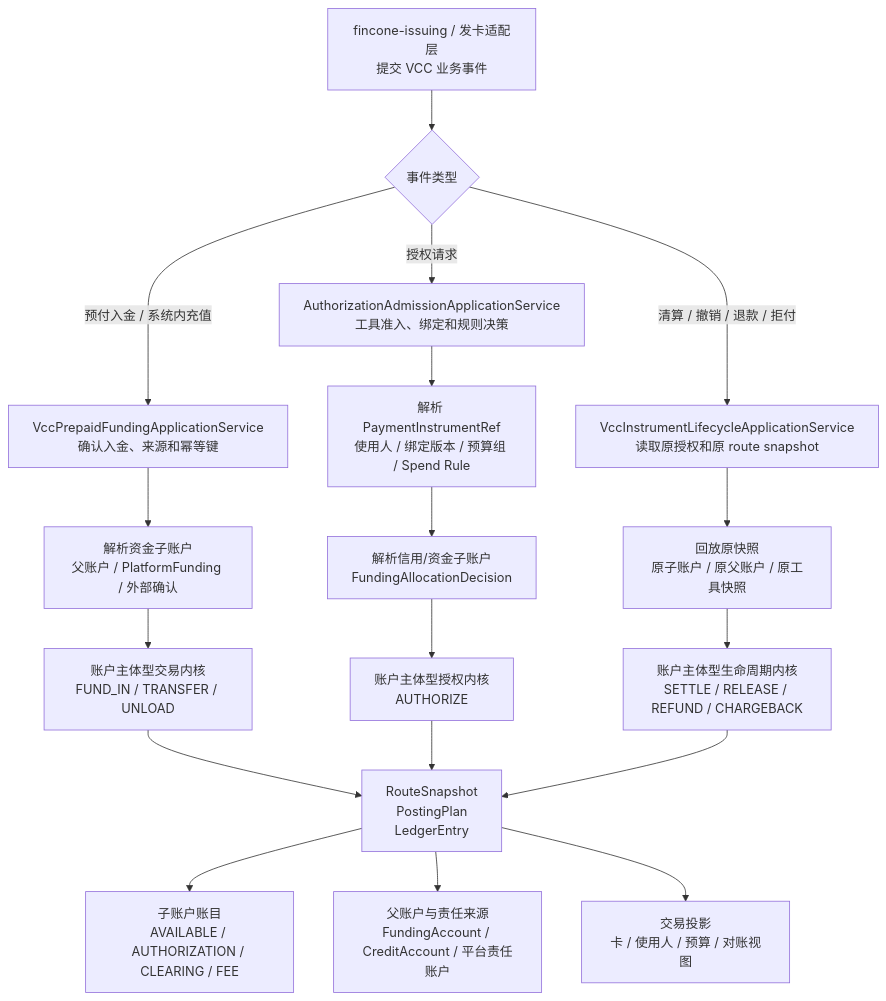
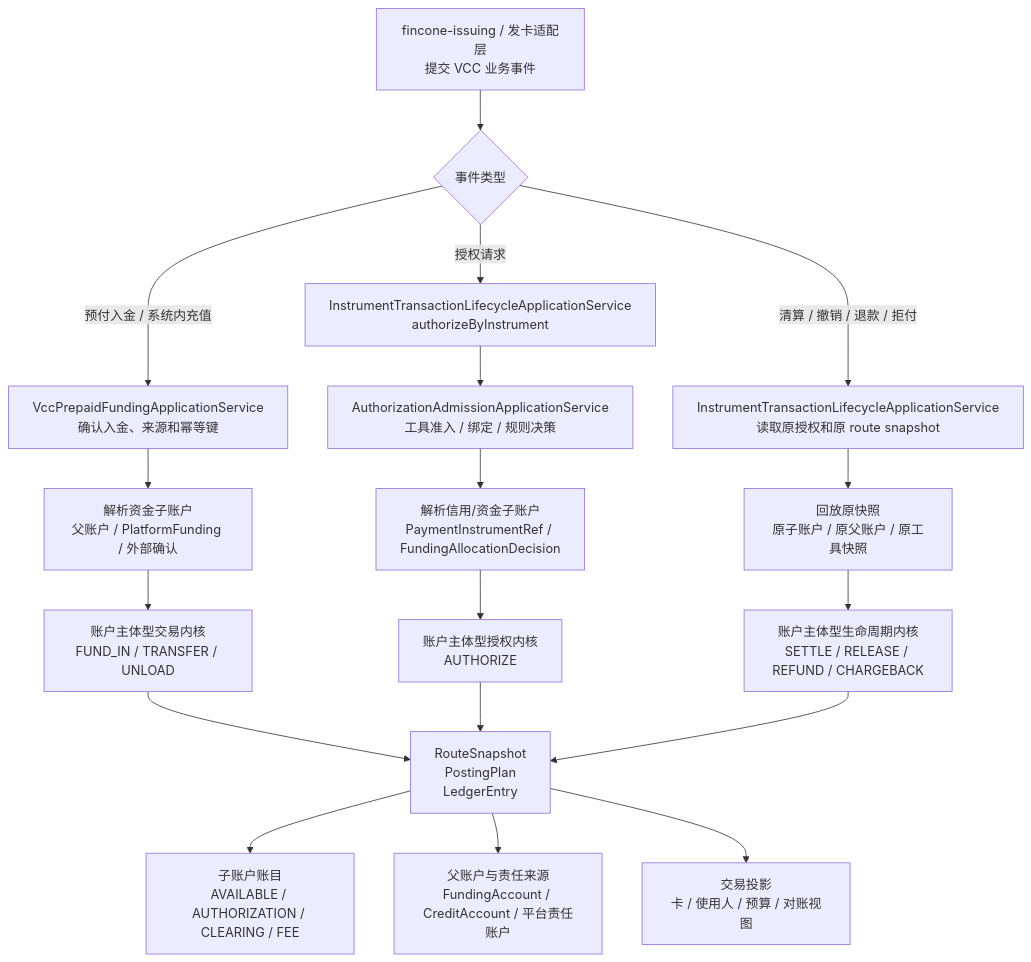
The third of 4 diagrams in docs/产品设计/06-VCC发卡业务资金底座PRD.md (fengwuxp/wind-funds), drawn with Mermaid before and after one commit. The commit also changed other lines of this file and 91 other files, not shown here.

````diff
--- a/docs/产品设计/06-VCC发卡业务资金底座PRD.md
+++ b/docs/产品设计/06-VCC发卡业务资金底座PRD.md
@@ -474,20 +474,20 @@
 ```mermaid
 flowchart TD
     A["fincone-issuing / 发卡适配层<br/>提交 VCC 业务事件"] --> B{"事件类型"}
     B -->|预付入金 / 系统内充值| C["VccPrepaidFundingApplicationService<br/>确认入金、来源和幂等键"]
-    B -->|授权请求| D["AuthorizationAdmissionApplicationService<br/>工具准入、绑定和规则决策"]
-    B -->|清算 / 撤销 / 退款 / 拒付| E["VccInstrumentLifecycleApplicationService<br/>读取原授权和原 route snapshot"]
+    B -->|授权请求| D["InstrumentTransactionLifecycleApplicationService<br/>authorizeByInstrument"]
+    B -->|清算 / 撤销 / 退款 / 拒付| E["InstrumentTransactionLifecycleApplicationService<br/>读取原授权和原 route snapshot"]
     C --> F["解析资金子账户<br/>父账户 / PlatformFunding / 外部确认"]
-    D --> G["解析 PaymentInstrumentRef<br/>使用人 / 绑定版本 / 预算组 / Spend Rule"]
-    G --> H["解析信用/资金子账户<br/>FundingAllocationDecision"]
+    D --> G["AuthorizationAdmissionApplicationService<br/>工具准入 / 绑定 / 规则决策"]
+    G --> H["解析信用/资金子账户<br/>PaymentInstrumentRef / FundingAllocationDecision"]
     E --> I["回放原快照<br/>原子账户 / 原父账户 / 原工具快照"]
     F --> J["账户主体型交易内核<br/>FUND_IN / TRANSFER / UNLOAD"]
     H --> K["账户主体型授权内核<br/>AUTHORIZE"]
     I --> L["账户主体型生命周期内核<br/>SETTLE / RELEASE / REFUND / CHARGEBACK"]
     J --> M["RouteSnapshot<br/>PostingPlan<br/>LedgerEntry"]
     K --> M
     L --> M
     M --> N["子账户账目<br/>AVAILABLE / AUTHORIZATION / CLEARING / FEE"]
     M --> O["父账户与责任来源<br/>FundingAccount / CreditAccount / 平台责任账户"]
     M --> P["交易投影<br/>卡 / 使用人 / 预算 / 对账视图"]
 ```
````
